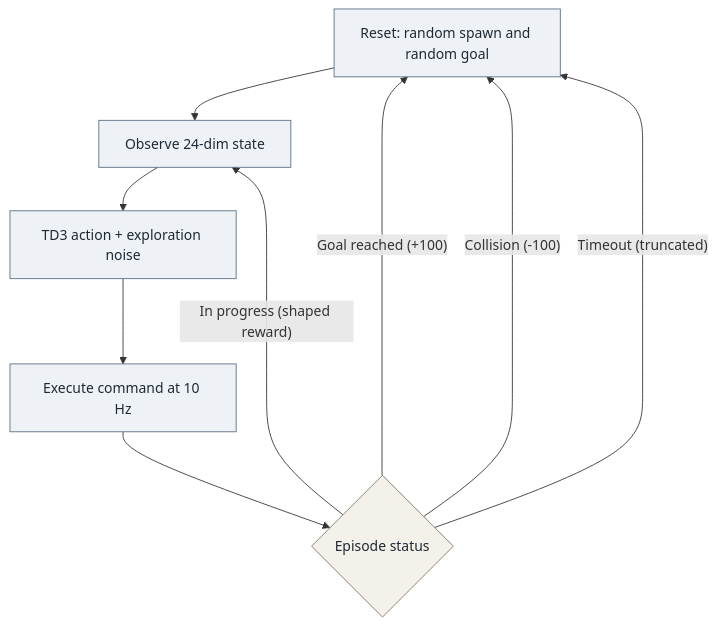
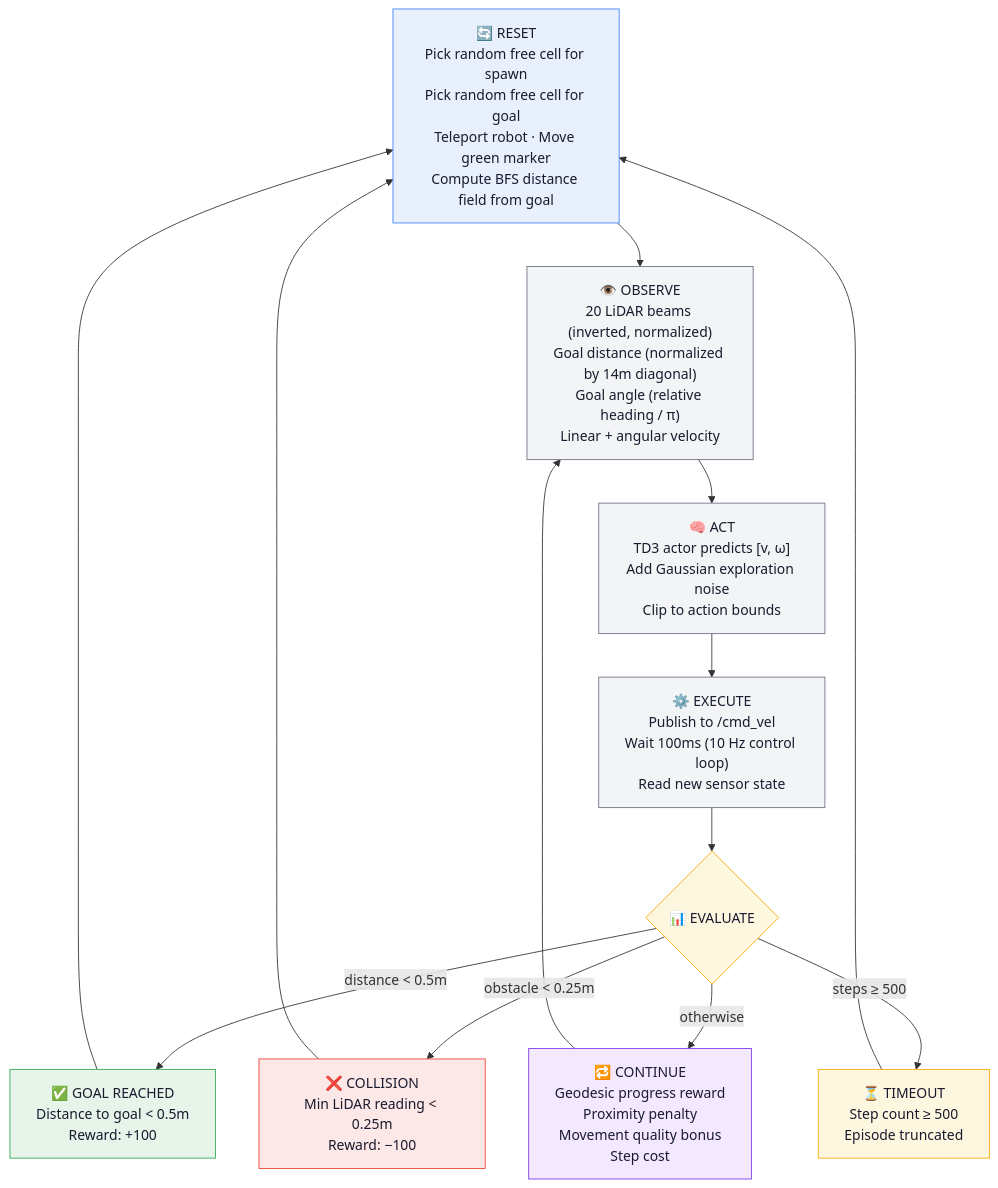
One commit to Satyajit-147/TD3-AutoNav changed the second of 2 diagrams in README.md. Above: the diagram before and after it, drawn with Mermaid. The commit also changed other lines of this file, not shown here.

Commit message:
Polish README: add badges, detailed explanations, architecture diagrams, and formatting

````diff
--- a/README.md
+++ b/README.md
@@ -76,16 +130,39 @@
 ```mermaid
 flowchart TD
-    A["Reset: random spawn and random goal"] --> B["Observe 24-dim state"]
-    B --> C["TD3 action + exploration noise"]
-    C --> D["Execute command at 10 Hz"]
-    D --> E{"Episode status"}
-    E -- "Goal reached (+100)" --> A
-    E -- "Collision (-100)" --> A
-    E -- "Timeout (truncated)" --> A
-    E -- "In progress (shaped reward)" --> B
+    A["🔄 RESET<br/>Pick random free cell for spawn<br/>Pick random free cell for goal<br/>Teleport robot · Move green marker<br/>Compute BFS distance field from goal"]
+    B["👁️ OBSERVE<br/>20 LiDAR beams (inverted, normalized)<br/>Goal distance (normalized by 14m diagonal)<br/>Goal angle (relative heading / π)<br/>Linear + angular velocity"]
+    C["🧠 ACT<br/>TD3 actor predicts [v, ω]<br/>Add Gaussian exploration noise<br/>Clip to action bounds"]
+    D["⚙️ EXECUTE<br/>Publish to /cmd_vel<br/>Wait 100ms (10 Hz control loop)<br/>Read new sensor state"]
+    E{"📊 EVALUATE"}
+    F["✅ GOAL REACHED<br/>Distance to goal < 0.5m<br/>Reward: +100"]
+    G["❌ COLLISION<br/>Min LiDAR reading < 0.25m<br/>Reward: −100"]
+    H["⏳ TIMEOUT<br/>Step count ≥ 500<br/>Episode truncated"]
+    I["🔁 CONTINUE<br/>Geodesic progress reward<br/>Proximity penalty<br/>Movement quality bonus<br/>Step cost"]
 
-    classDef step fill:#eef2f7,stroke:#5b6b7f,color:#1f2933;
-    classDef decision fill:#f3f1ea,stroke:#7a7360,color:#1f2933;
-    class A,B,C,D step;
-    class E decision;
+    A --> B
+    B --> C
+    C --> D
+    D --> E
+    E -- "distance < 0.5m" --> F
+    E -- "obstacle < 0.25m" --> G
+    E -- "steps ≥ 500" --> H
+    E -- "otherwise" --> I
+    F --> A
+    G --> A
+    H --> A
+    I --> B
+
+    classDef reset fill:#e8f0fe,stroke:#4285f4,color:#1a1a2e
+    classDef step fill:#f3f4f6,stroke:#6b7280,color:#1a1a2e
+    classDef good fill:#e6f4ea,stroke:#34a853,color:#1a1a2e
+    classDef bad fill:#fce8e6,stroke:#ea4335,color:#1a1a2e
+    classDef neutral fill:#fef7e0,stroke:#f9ab00,color:#1a1a2e
+    classDef cont fill:#f3e8fd,stroke:#7c3aed,color:#1a1a2e
+    class A reset
+    class B,C,D step
+    class E neutral
+    class F good
+    class G bad
+    class H neutral
+    class I cont
 ```
````
